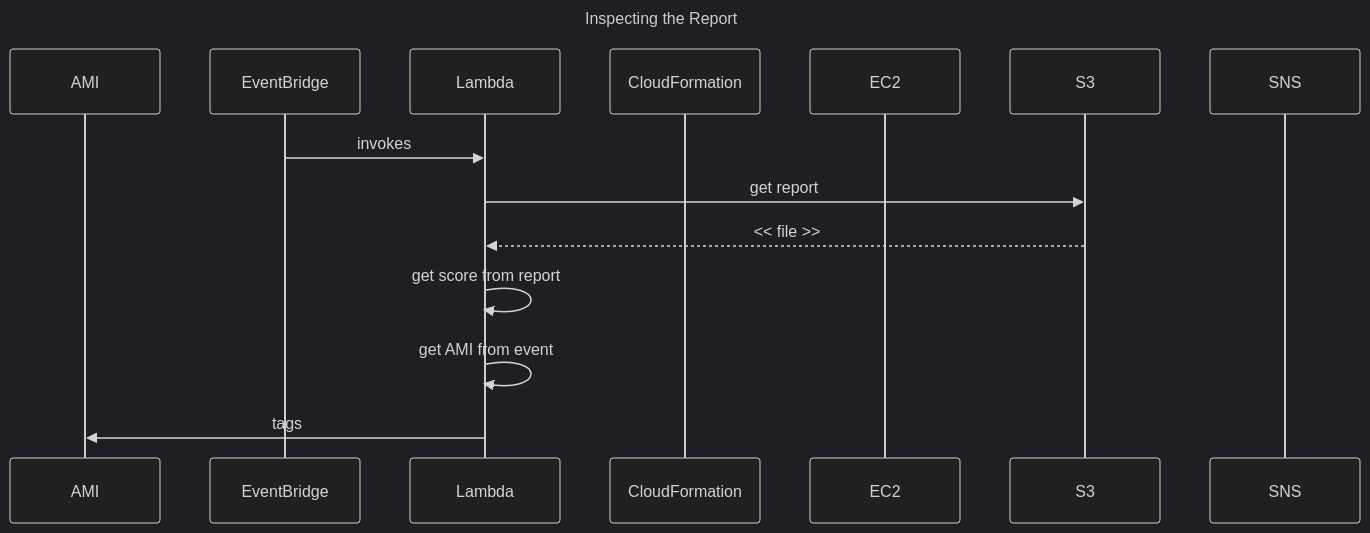
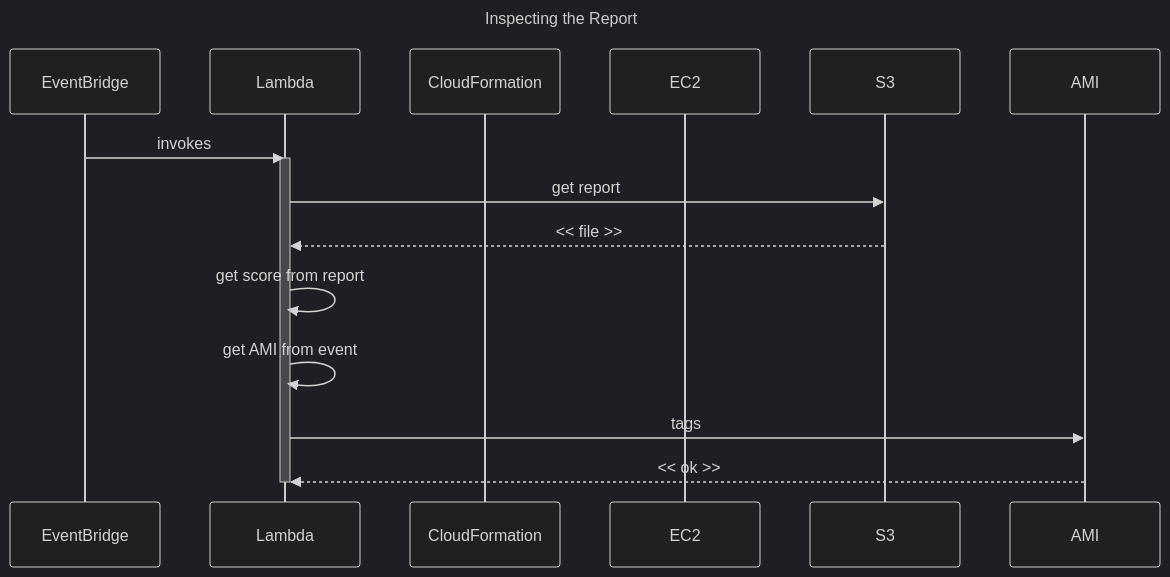
The third of 4 diagrams in README.md (scottbrown/hardtarget), drawn with Mermaid (dark theme) before and after one commit. The commit also changed other lines of this file, not shown here.

Commit message:
Fixing diagram

````diff
--- a/README.md
+++ b/README.md
@@ -73,19 +76,20 @@
 ```mermaid
 sequenceDiagram
   title Inspecting the Report
 
-  participant AMI
   participant EB as EventBridge
   participant L as Lambda
   participant CFN as CloudFormation
   participant EC2
   participant S3
-  participant SNS
 
   EB->>L: invokes
+  activate L
   L->>S3: get report
   S3-->>L: << file >>
   L->>L: get score from report
   L->>L: get AMI from event
   L->>AMI: tags
+  AMI-->>L: << ok >>
+  deactivate L
 ```
````
